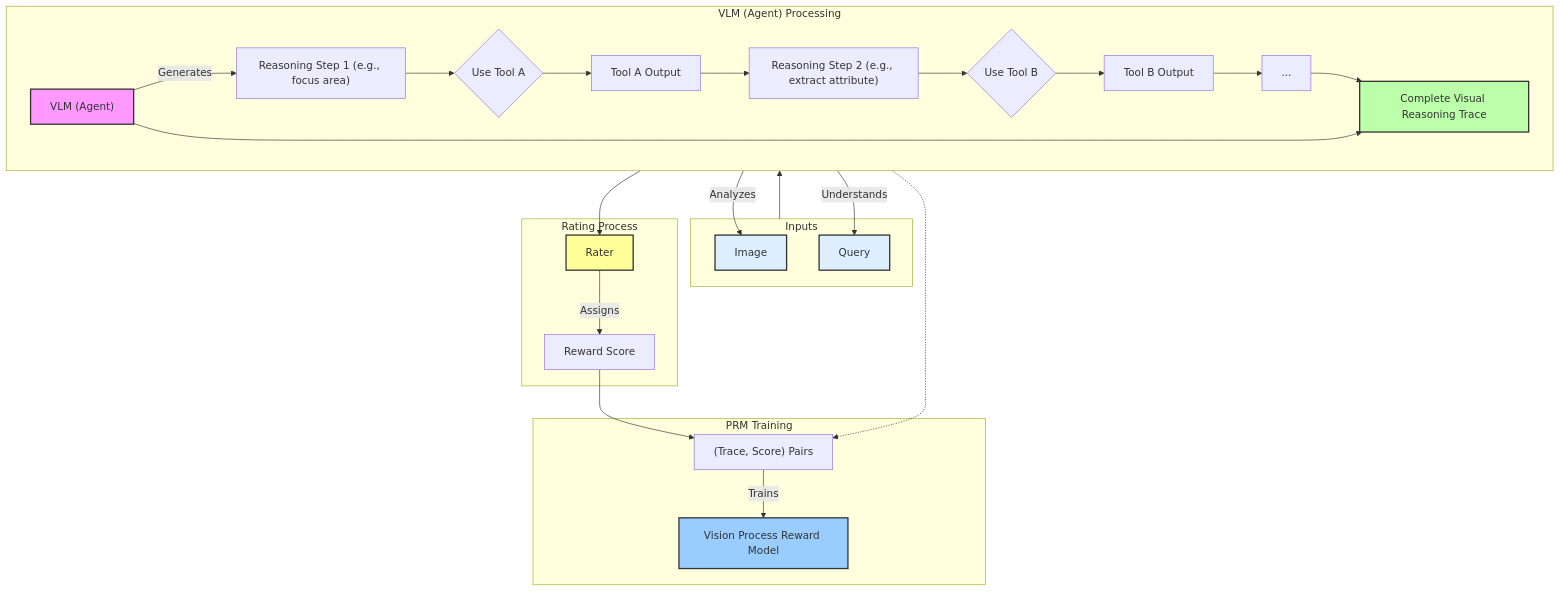
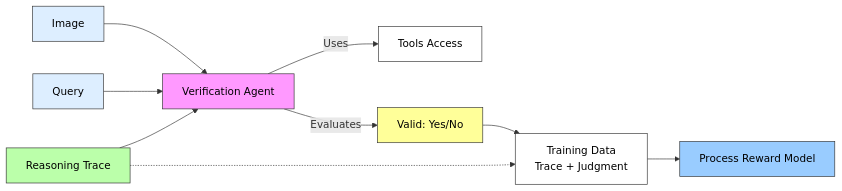
The second of 2 diagrams in demo/test-slides/slides.md (theogbrand/slidev), drawn with Mermaid before and after one commit. The commit also changed other lines of this file, not shown here.

Commit message:
CM2 diagram

````diff
--- a/demo/test-slides/slides.md
+++ b/demo/test-slides/slides.md
@@ -185,46 +185,22 @@
 ```mermaid
-graph TD
-    subgraph Inputs
-        Img[Image]
-        Query
-    end
-
-    subgraph "VLM (Agent) Processing"
-        direction LR
-        VLM_Agent["VLM (Agent)"]
-        VLM_Agent -- Analyzes --> Img
-        VLM_Agent -- Understands --> Query
-        
-        VLM_Agent -- Generates --> RStep1["Reasoning Step 1 (e.g., focus area)"]
-        RStep1 --> ToolA_Call{Use Tool A}
-        ToolA_Call --> ToolA_Out["Tool A Output"]
-        ToolA_Out --> RStep2["Reasoning Step 2 (e.g., extract attribute)"]
-        RStep2 --> ToolB_Call{Use Tool B}
-        ToolB_Call --> ToolB_Out["Tool B Output"]
-        ToolB_Out --> RStepN["..."]
-        RStepN --> FinalTrace["Complete Visual Reasoning Trace"]
-    end
-
-    subgraph "Rating Process"
-        Rater
-        FinalTrace --> Rater
-        Rater -- Assigns --> RewardScore["Reward Score"]
-    end
-
-    subgraph "PRM Training"
-        TrainingData["(Trace, Score) Pairs"]
-        RewardScore --> TrainingData
-        FinalTrace -.-> TrainingData
-        TrainingData -- Trains --> VPRM[Vision Process Reward Model]
-    end
-
-    Inputs --> VLM_Agent
-    VLM_Agent --> FinalTrace
-
-    style Img fill:#def,stroke:#333,stroke-width:2px
-    style Query fill:#def,stroke:#333,stroke-width:2px
-    style VLM_Agent fill:#f9f,stroke:#333,stroke-width:2px
-    style Rater fill:#ff9,stroke:#333,stroke-width:2px
-    style VPRM fill:#9cf,stroke:#333,stroke-width:2px
-    style FinalTrace fill:#bfa,stroke:#333,stroke-width:2px
+graph LR
+    Img[Image] --> VA
+    Query[Query] --> VA
+    RTrace[Reasoning Trace] --> VA
+    
+    VA[Verification Agent] -- Uses --> Tools[Tools Access]
+    VA -- Evaluates --> Judgment[Valid: Yes/No]
+    
+    Judgment --> TrainData
+    RTrace -.-> TrainData
+    TrainData[Training Data<br>Trace + Judgment] --> PRM[Process Reward Model]
+    
+    style Img fill:#def,stroke:#333,color:black
+    style Query fill:#def,stroke:#333,color:black
+    style RTrace fill:#bfa,stroke:#333,color:black
+    style VA fill:#f9f,stroke:#333,color:black
+    style Judgment fill:#ff9,stroke:#333,color:black
+    style PRM fill:#9cf,stroke:#333,color:black
+    style TrainData fill:white,stroke:#333, color:black
+    style Tools fill:white,stroke:#333,color:black
 ```
````
